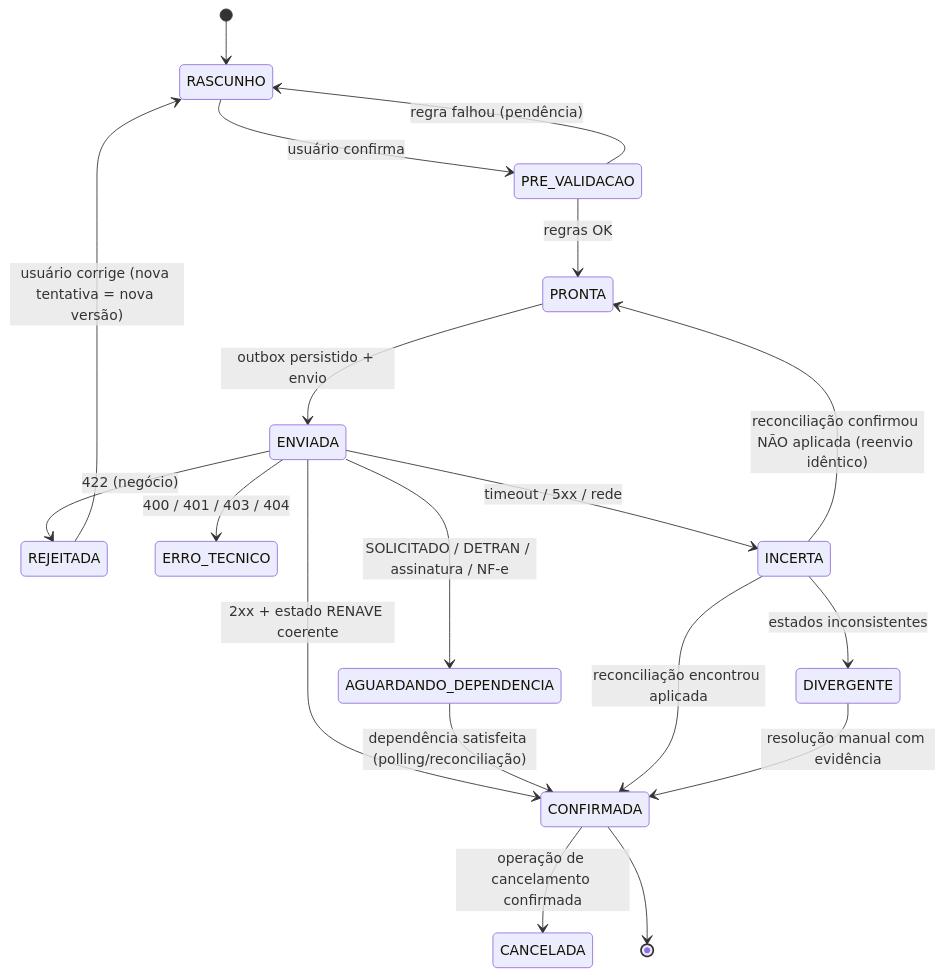
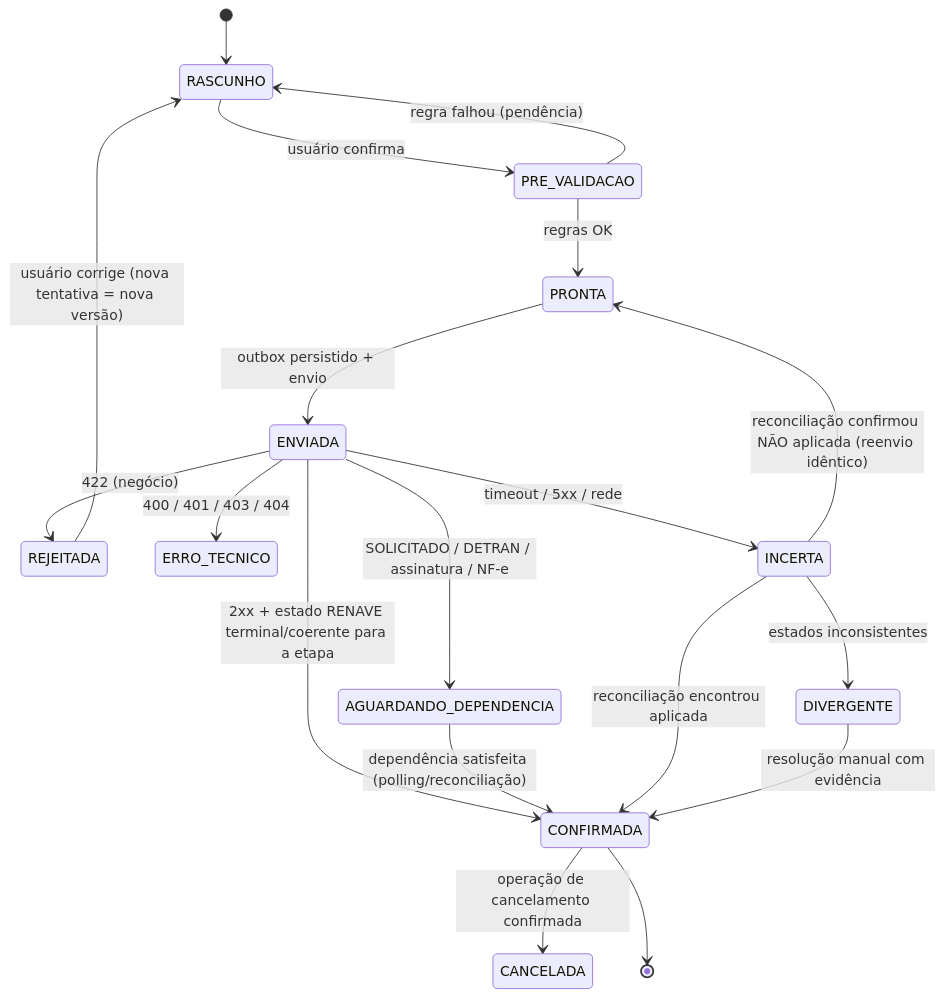
Before and after one commit to joaopaulomirandamatias/renave: the second of 4 diagrams in docs/07-arquitetura-e-dados.md, drawn with Mermaid. The commit also changed other lines of this file and 267 other files, not shown here.

````diff
--- a/docs/07-arquitetura-e-dados.md
+++ b/docs/07-arquitetura-e-dados.md
@@ -80,21 +80,21 @@
 ```mermaid
 stateDiagram-v2
   [*] --> RASCUNHO
   RASCUNHO --> PRE_VALIDACAO: usuário confirma
   PRE_VALIDACAO --> RASCUNHO: regra falhou (pendência)
   PRE_VALIDACAO --> PRONTA: regras OK
   PRONTA --> ENVIADA: outbox persistido + envio
-  ENVIADA --> CONFIRMADA: 2xx + estado RENAVE coerente
+  ENVIADA --> CONFIRMADA: 2xx + estado RENAVE terminal/coerente para a etapa
   ENVIADA --> AGUARDANDO_DEPENDENCIA: SOLICITADO / DETRAN / assinatura / NF-e
   AGUARDANDO_DEPENDENCIA --> CONFIRMADA: dependência satisfeita (polling/reconciliação)
   ENVIADA --> REJEITADA: 422 (negócio)
   ENVIADA --> ERRO_TECNICO: 400 / 401 / 403 / 404
   ENVIADA --> INCERTA: timeout / 5xx / rede
   INCERTA --> CONFIRMADA: reconciliação encontrou aplicada
   INCERTA --> PRONTA: reconciliação confirmou NÃO aplicada (reenvio idêntico)
   INCERTA --> DIVERGENTE: estados inconsistentes
   DIVERGENTE --> CONFIRMADA: resolução manual com evidência
   REJEITADA --> RASCUNHO: usuário corrige (nova tentativa = nova versão)
   CONFIRMADA --> CANCELADA: operação de cancelamento confirmada
   CONFIRMADA --> [*]
 ```
````
